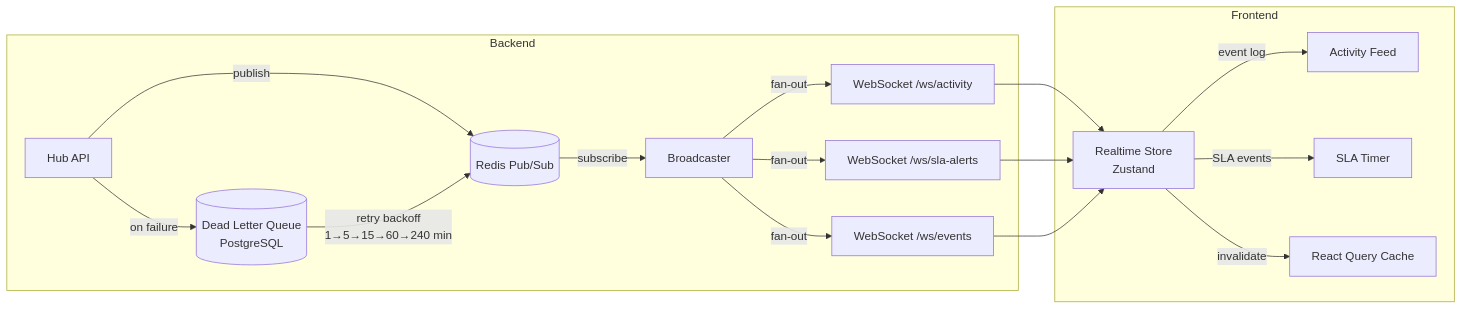
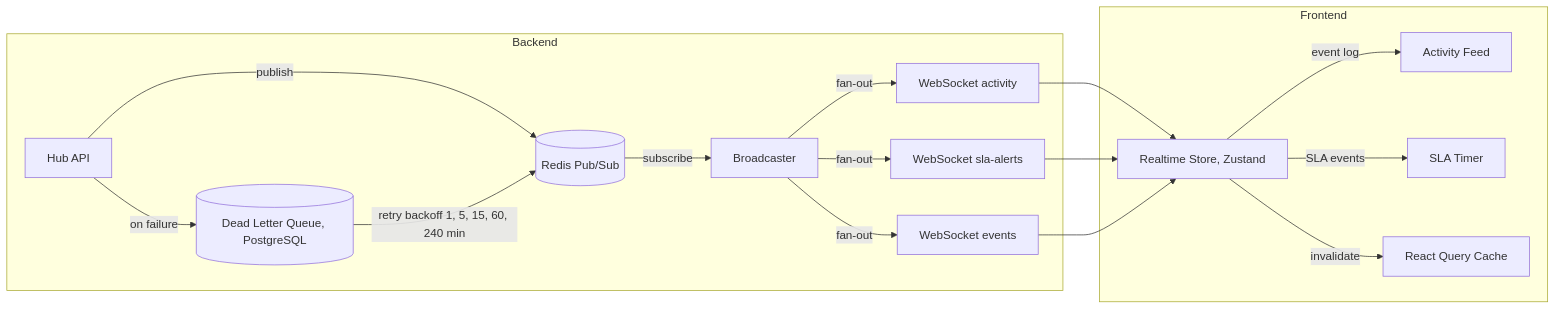
The first of 4 diagrams in docs/architecture/data-flow.md (sanjayrkshetty/presales-hub), drawn with Mermaid before and after one commit. The commit also changed other lines of this file and 21 other files, not shown here.

First line of the commit message:
docs: align architecture with G1 / Post-G1 reality (#8)

````diff
--- a/docs/architecture/data-flow.md
+++ b/docs/architecture/data-flow.md
@@ -5,21 +5,21 @@
 ```mermaid
 flowchart LR
     subgraph Backend
-        API[Hub API] -->|publish| RD[(Redis Pub/Sub)]
-        API -->|on failure| DLQ[(Dead Letter Queue\nPostgreSQL)]
-        DLQ -->|retry backoff\n1→5→15→60→240 min| RD
+        API[Hub API] -->|publish| RD[("Redis Pub/Sub")]
+        API -->|on failure| DLQ[("Dead Letter Queue, PostgreSQL")]
+        DLQ -->|retry backoff 1, 5, 15, 60, 240 min| RD
         RD -->|subscribe| BR[Broadcaster]
-        BR -->|fan-out| WS1[WebSocket /ws/activity]
-        BR -->|fan-out| WS2[WebSocket /ws/sla-alerts]
-        BR -->|fan-out| WS3[WebSocket /ws/events]
+        BR -->|fan-out| WS1["WebSocket activity"]
+        BR -->|fan-out| WS2["WebSocket sla-alerts"]
+        BR -->|fan-out| WS3["WebSocket events"]
     end
 
     subgraph Frontend
-        WS1 --> RST[Realtime Store\nZustand]
+        WS1 --> RST["Realtime Store, Zustand"]
         WS2 --> RST
         WS3 --> RST
         RST -->|event log| AF[Activity Feed]
         RST -->|SLA events| SLA[SLA Timer]
         RST -->|invalidate| RQ[React Query Cache]
     end
 ```
````
